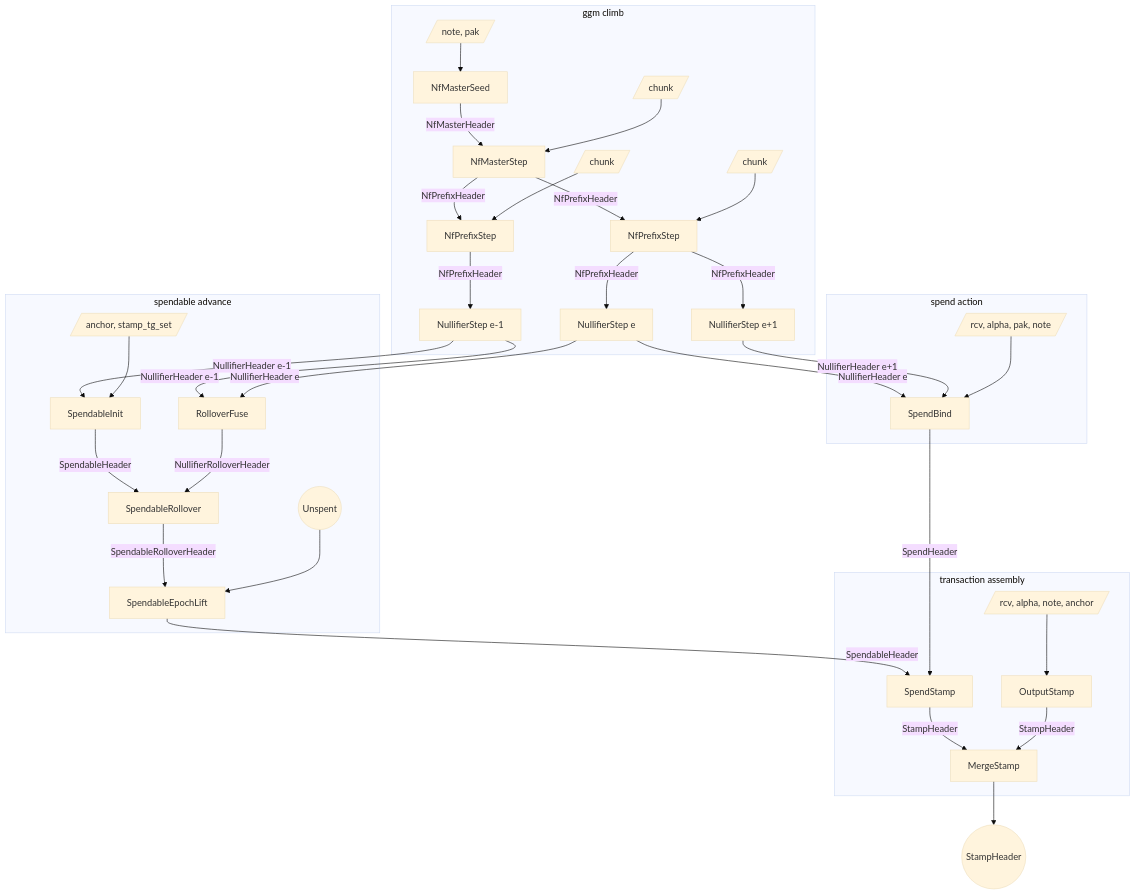
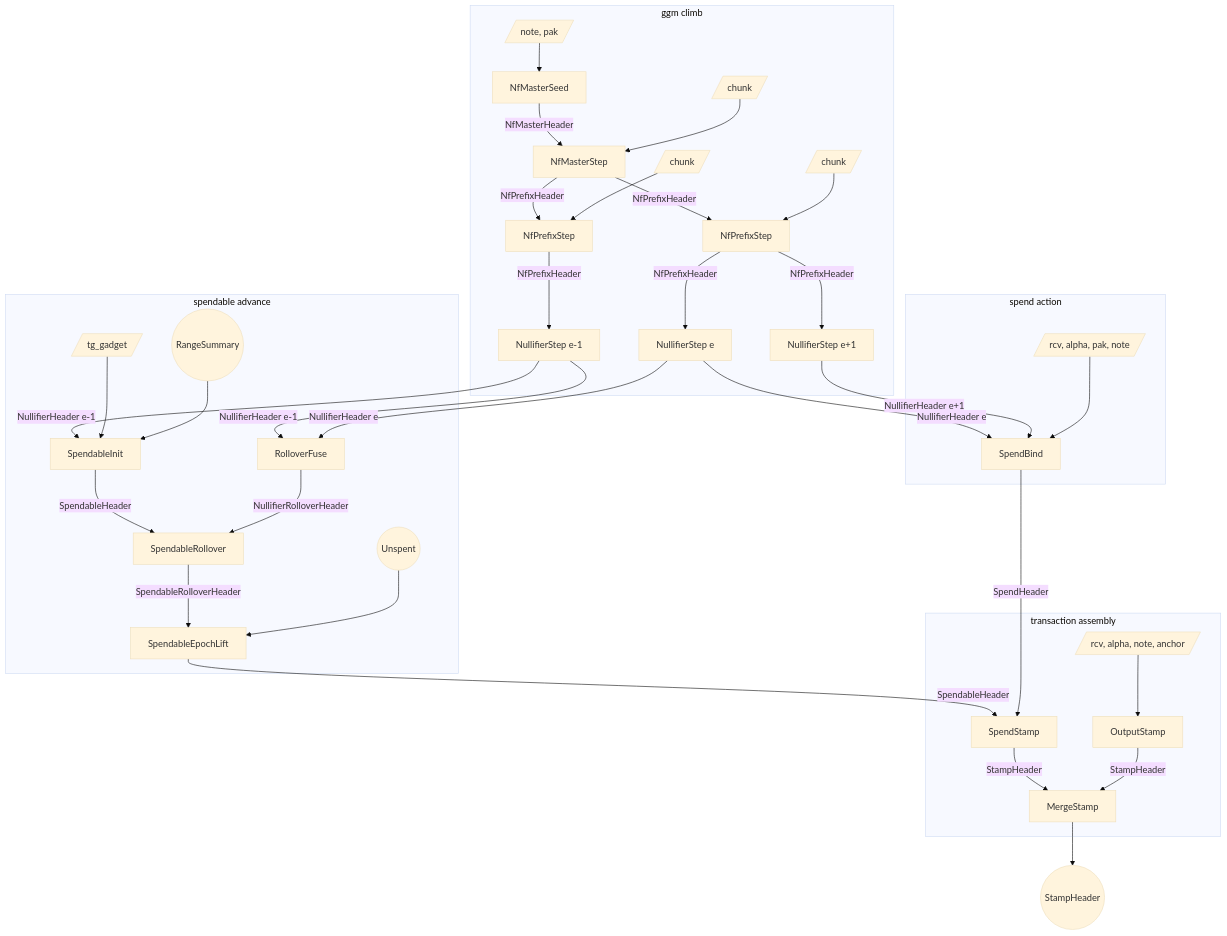
The first of 5 diagrams in book/src/proof-tree.md (tachyon-zcash/tachyon), drawn with Mermaid (base theme) before and after one commit. The commit also changed other lines of this file and 8 other files, not shown here.

Commit message:
introduce RangeSummary

````diff
--- a/book/src/proof-tree.md
+++ b/book/src/proof-tree.md
@@ -151,73 +152,75 @@
 ```mermaid
 flowchart TB
   subgraph ggm [ggm climb]
     w_master[/note, pak/]
     s_master[NfMasterSeed]
     w_chunk_m[/chunk/]
     s_first_m[NfMasterStep]
     w_chunk_old[/chunk/]
     s_prefix_old[NfPrefixStep]
     s_leaf_old[NullifierStep e-1]
     w_chunk_p[/chunk/]
     s_prefix[NfPrefixStep]
     s_leaf_now[NullifierStep e]
     s_leaf_next[NullifierStep e+1]
   end
 
   subgraph spendable [spendable advance]
-    w_init[/anchor, stamp_tg_set/]
+    w_init[/tg_gadget/]
+    cm_range((RangeSummary))
     s_init[SpendableInit]
     s_rfuse[RolloverFuse]
     s_rollover[SpendableRollover]
     s_epochlift[SpendableEpochLift]
     unspent_new((Unspent))
   end
 
   subgraph spend_action [spend action]
     w_spendbind[/rcv, alpha, pak, note/]
     s_spendbind[SpendBind]
   end
 
   subgraph merge [transaction assembly]
     s_spendstamp[SpendStamp]
 
     w_output[/rcv, alpha, note, anchor/]
     s_output[OutputStamp]
 
     s_merge[MergeStamp]
   end
 
   stamp_out((StampHeader))
 
   w_master --> s_master
   s_master -->|NfMasterHeader| s_first_m
   w_chunk_m --> s_first_m
   s_first_m -->|NfPrefixHeader| s_prefix_old
   w_chunk_old --> s_prefix_old
   s_prefix_old -->|NfPrefixHeader| s_leaf_old
   s_first_m -->|NfPrefixHeader| s_prefix
   w_chunk_p --> s_prefix
   s_prefix -->|NfPrefixHeader| s_leaf_now
   s_prefix -->|NfPrefixHeader| s_leaf_next
 
   s_leaf_old -->|NullifierHeader e-1| s_init
   w_init --> s_init
+  cm_range --> s_init
   s_init -->|SpendableHeader| s_rollover
 
   s_leaf_old -->|NullifierHeader e-1| s_rfuse
   s_leaf_now -->|NullifierHeader e| s_rfuse
   s_rfuse -->|NullifierRolloverHeader| s_rollover
   s_rollover -->|SpendableRolloverHeader| s_epochlift
   unspent_new --> s_epochlift
   s_epochlift -->|SpendableHeader| s_spendstamp
 
   s_leaf_now -->|NullifierHeader e| s_spendbind
   s_leaf_next -->|NullifierHeader e+1| s_spendbind
   w_spendbind --> s_spendbind
   s_spendbind -->|SpendHeader| s_spendstamp
 
   w_output --> s_output
   s_spendstamp -->|StampHeader| s_merge
   s_output -->|StampHeader| s_merge
   s_merge --> stamp_out
 ```
````
